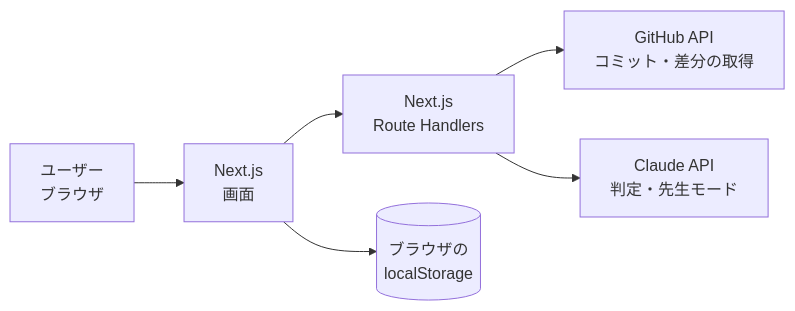
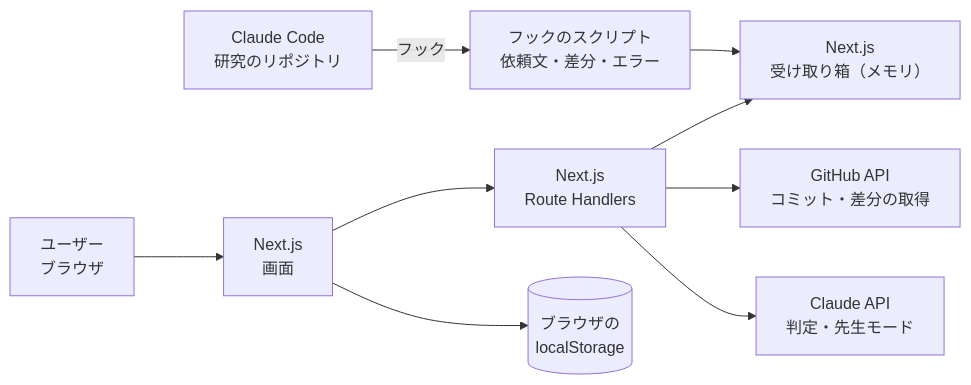
Before and after one commit to jphacks/ng_2614: the diagram in docs/design.md, drawn with Mermaid. The commit also changed other lines of this file and 2 other files, not shown here.

First line of the commit message:
docs: 取り込みを Claude Code のフック方式にする設計を追加

````diff
--- a/docs/design.md
+++ b/docs/design.md
@@ -124,8 +127,11 @@
 ```mermaid
 flowchart LR
+  cc[Claude Code<br>研究のリポジトリ] -- フック --> hook[フックのスクリプト<br>依頼文・差分・エラー]
+  hook --> inbox[Next.js<br>受け取り箱（メモリ）]
   user[ユーザー<br>ブラウザ] --> web[Next.js<br>画面]
   web --> api[Next.js<br>Route Handlers]
+  api --> inbox
   api --> gh[GitHub API<br>コミット・差分の取得]
   api --> llm[Claude API<br>判定・先生モード]
   web --> store[(ブラウザの<br>localStorage)]
 ```
````
